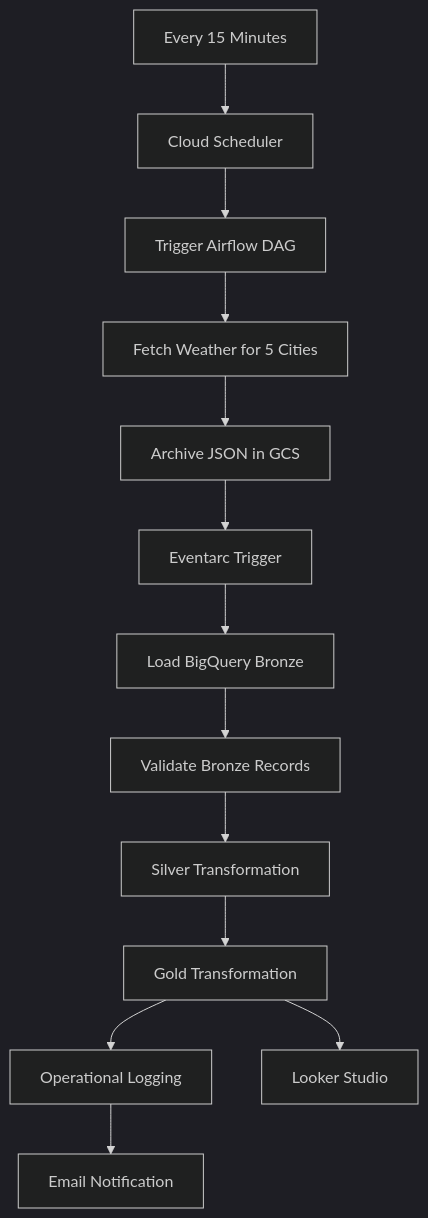
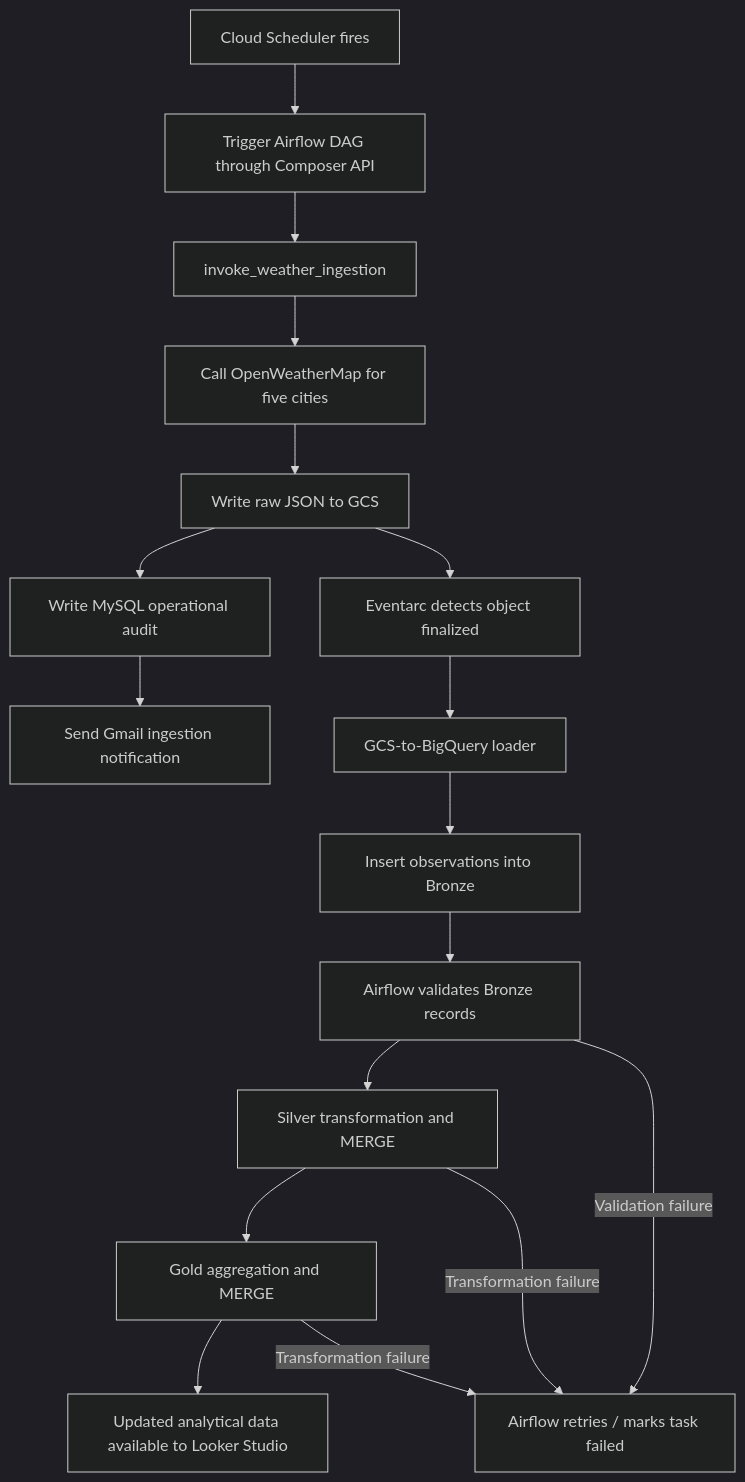
Before and after one commit to cloudwithpavan/AtmosData: the second of 7 diagrams in README.md, drawn with Mermaid (dark theme). The commit also changed other lines of this file, not shown here.

Commit message:
Add comprehensive AtmosData project README

````diff
--- a/README.md
+++ b/README.md
@@ -79,15 +144,20 @@
 ```mermaid
 flowchart TD
-    A["Every 15 Minutes"] --> B["Cloud Scheduler"]
-    B --> C["Trigger Airflow DAG"]
-    C --> D["Fetch Weather for 5 Cities"]
-    D --> E["Archive JSON in GCS"]
-    E --> F["Eventarc Trigger"]
-    F --> G["Load BigQuery Bronze"]
-    G --> H["Validate Bronze Records"]
-    H --> I["Silver Transformation"]
-    I --> J["Gold Transformation"]
-    J --> K["Operational Logging"]
-    K --> L["Email Notification"]
-    J --> M["Looker Studio"]
+    A["Cloud Scheduler fires"] --> B["Trigger Airflow DAG through Composer API"]
+    B --> C["invoke_weather_ingestion"]
+    C --> D["Call OpenWeatherMap for five cities"]
+    D --> E["Write raw JSON to GCS"]
+    E --> F["Write MySQL operational audit"]
+    F --> G["Send Gmail ingestion notification"]
+    E --> H["Eventarc detects object finalized"]
+    H --> I["GCS-to-BigQuery loader"]
+    I --> J["Insert observations into Bronze"]
+    J --> K["Airflow validates Bronze records"]
+    K --> L["Silver transformation and MERGE"]
+    L --> M["Gold aggregation and MERGE"]
+    M --> N["Updated analytical data available to Looker Studio"]
+
+    K -->|"Validation failure"| X["Airflow retries / marks task failed"]
+    L -->|"Transformation failure"| X
+    M -->|"Transformation failure"| X
 ```
````
